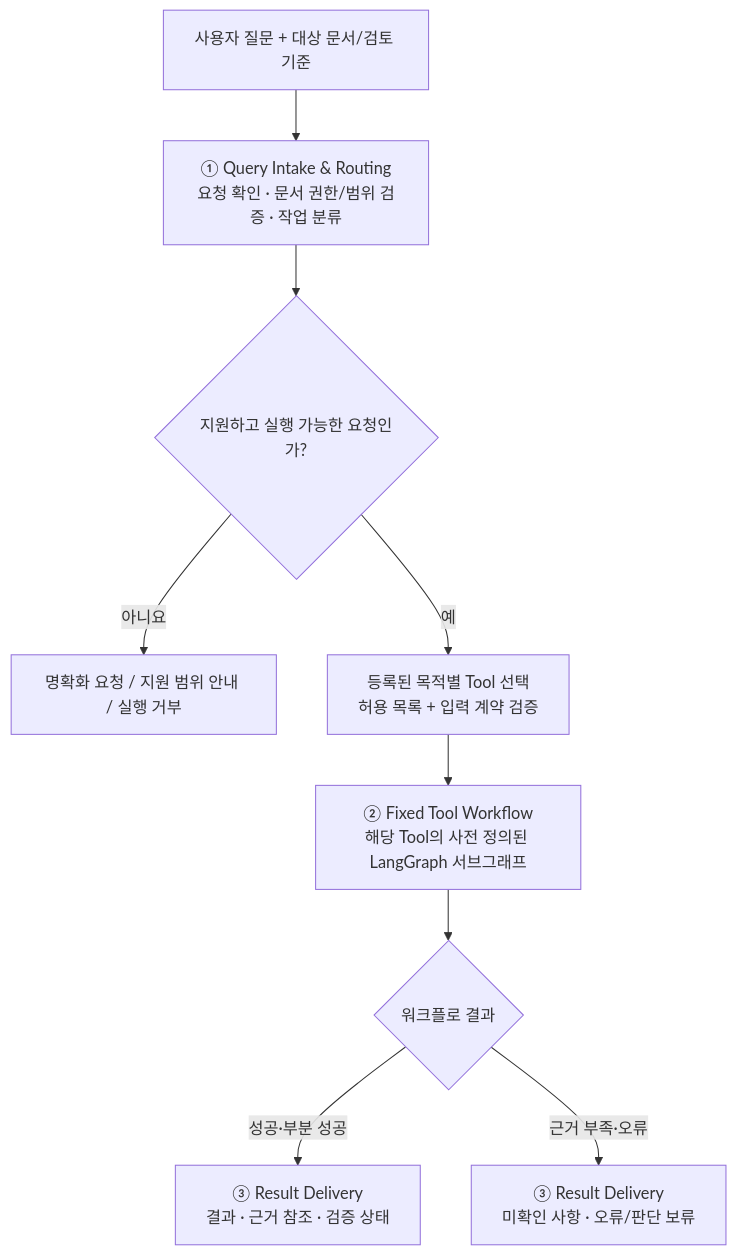
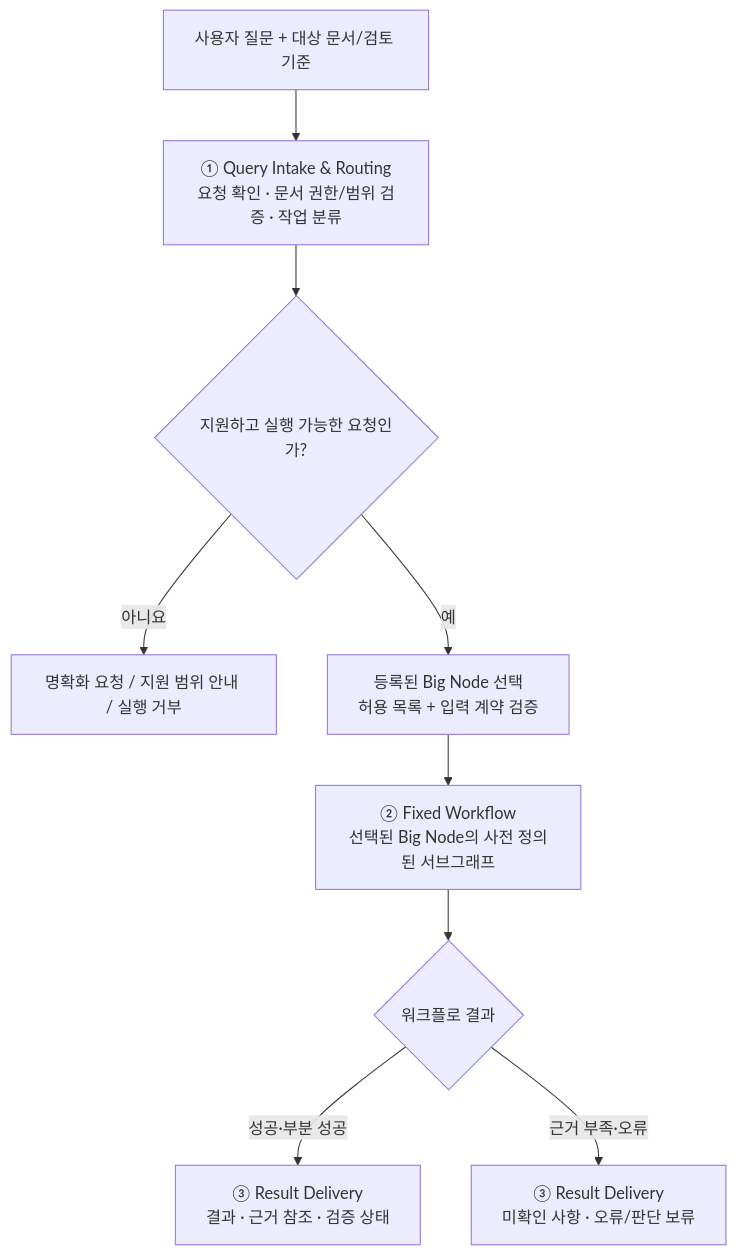
The first of 4 diagrams in docs/query-agent-mvp.md (Jungminii-1114/P_Project_t5), drawn with Mermaid before and after one commit. The commit also changed other lines of this file, not shown here.

Commit message:
docs: align MVP workflow terms with Big Node and Small Node glossary

````diff
--- a/docs/query-agent-mvp.md
+++ b/docs/query-agent-mvp.md
@@ -13,11 +15,11 @@
 ```mermaid
 flowchart TD
     U["사용자 질문 + 대상 문서/검토 기준"] --> Q["① Query Intake & Routing<br/>요청 확인 · 문서 권한/범위 검증 · 작업 분류"]
     Q --> D{"지원하고 실행 가능한 요청인가?"}
     D -->|"아니요"| N["명확화 요청 / 지원 범위 안내 / 실행 거부"]
-    D -->|"예"| R["등록된 목적별 Tool 선택<br/>허용 목록 + 입력 계약 검증"]
-    R --> W["② Fixed Tool Workflow<br/>해당 Tool의 사전 정의된 LangGraph 서브그래프"]
+    D -->|"예"| R["등록된 Big Node 선택<br/>허용 목록 + 입력 계약 검증"]
+    R --> W["② Fixed Workflow<br/>선택된 Big Node의 사전 정의된 서브그래프"]
     W --> S{"워크플로 결과"}
     S -->|"성공·부분 성공"| O["③ Result Delivery<br/>결과 · 근거 참조 · 검증 상태"]
     S -->|"근거 부족·오류"| F["③ Result Delivery<br/>미확인 사항 · 오류/판단 보류"]
 ```
````
